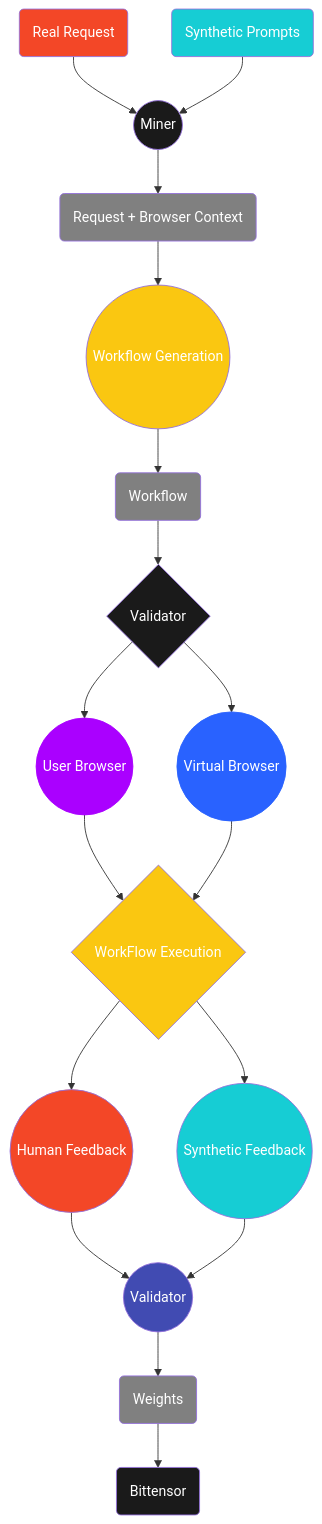
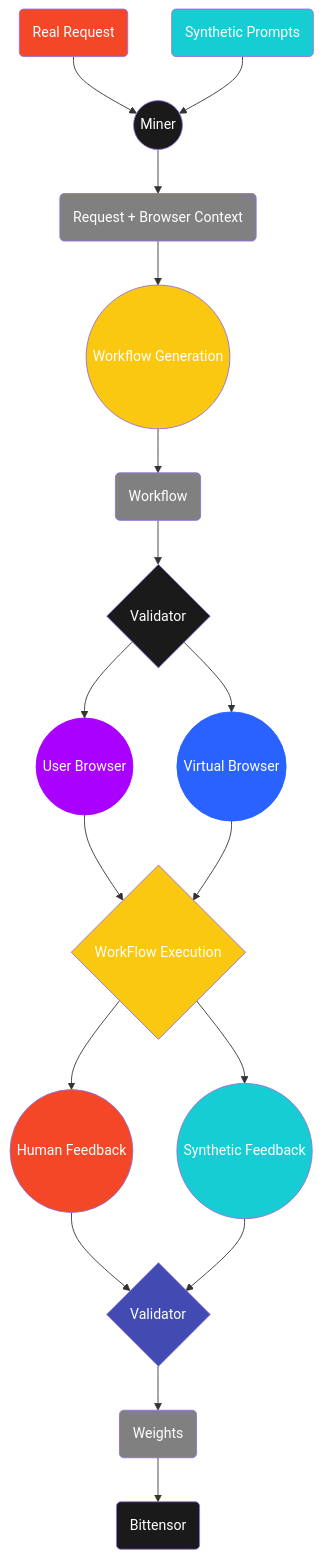
One commit to KhadijaPhool/docs changed the diagram in browser-assistance-subnet/incentive-mechanism.mdx. Above: the diagram before and after it, drawn with Mermaid.

Commit message:
Documentation edits made through Mintlify web editor

````diff
--- a/browser-assistance-subnet/incentive-mechanism.mdx
+++ b/browser-assistance-subnet/incentive-mechanism.mdx
@@ -32,50 +32,50 @@
 ```mermaid
 flowchart TD
 %% Nodes
     A("Real Request")
     Z("Synthetic Prompts")
     B(("Miner"))
     C(("Workflow Generation"))
     D{"Validator"}
     E((User Browser))
     F{"WorkFlow Execution"}
     X(("Human Feedback"))
-    Y(("Validator"))
+    Y{"Validator"}
     I(("Virtual Browser"))
     W(("Synthetic Feedback"))
     V("Bittensor")
     R("Request + Browser Context")
     S("Workflow")
     Q("Weights")
 
 %% Edge connections between nodes
     A --> B --> R --> C --> S --> D --> E --> F --> X --> Y
     Z --> B
     D  --> I --> F --> W --> Y --> Q --> V
 
 %% Individual node styling. Try the visual editor toolbar for easier styling!
     style A color:#FFFFFF, fill:#F34727
     style Z color:#FFFFFF, fill:#16CDD4
     style B color:#FFFFFF, fill:#1A1A1A
     style C color:#FFFFFF, fill:#FAC711
     style D color:#FFFFFF, fill:#1A1A1A
     style F color:#FFFFFF, fill:#FAC711
     style E color:#FFFFFF, fill:#F34727
     style X color:#FFFFFF, fill:#F34727
     style I color:#FFFFFF, fill:#16CDD4
     style W color:#FFFFFF, fill:#16CDD4
     style Y color:#FFFFFF, fill:#414BB2
     style V color:#FFFFFF, fill:#1A1A1A
     style S color:#FFFFFF, fill:grey
     style R color:#FFFFFF, fill:grey
     style Q color:#FFFFFF, fill:grey
 
 
 
 
     style E color:#FFFFFF, fill:#AA00FF, stroke:#AA00FF
     style I color:#FFFFFF, stroke:#2962FF, fill:#2962FF
 
 %% You can add notes with two "%" signs in a row!
 
 ```
````
